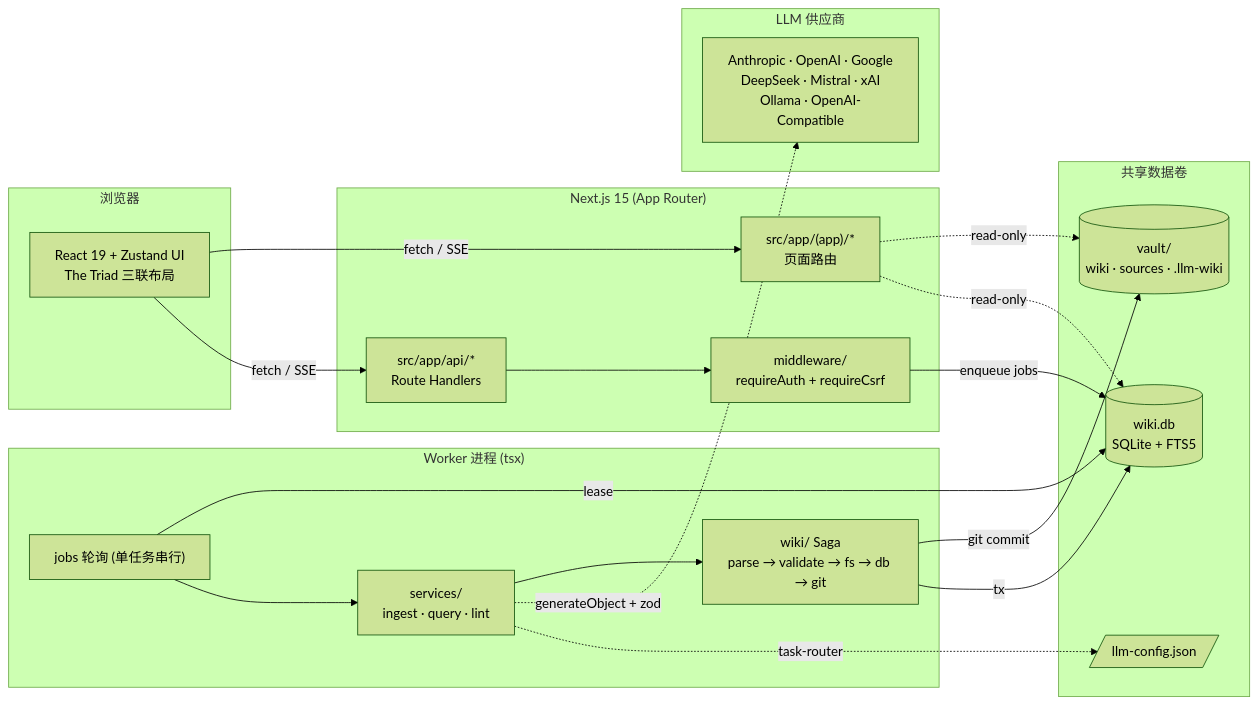
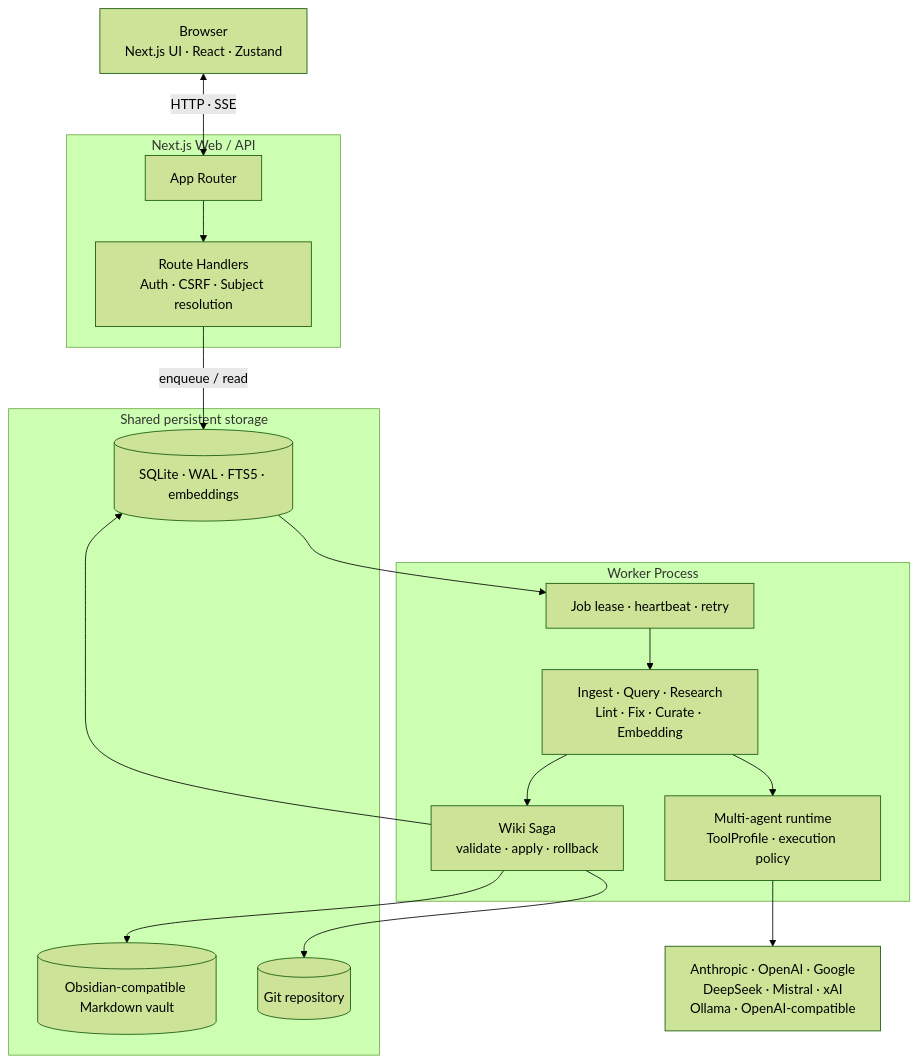
Before and after one commit to Nick-Hopps/weftwise: the second of 2 diagrams in README.md, drawn with Mermaid (forest theme). The commit also changed other lines of this file, not shown here.

````diff
--- a/README.md
+++ b/README.md
@@ -15,42 +64,36 @@
 ```mermaid
-flowchart LR
-    subgraph Client["浏览器"]
-        UI["React 19 + Zustand UI<br/>The Triad 三联布局"]
+flowchart TB
+    Browser["Browser<br/>Next.js UI · React · Zustand"]
+
+    subgraph Web["Next.js Web / API"]
+      Pages["App Router"]
+      Routes["Route Handlers<br/>Auth · CSRF · Subject resolution"]
     end
 
-    subgraph Web["Next.js 15 (App Router)"]
-        Pages["src/app/(app)/*<br/>页面路由"]
-        API["src/app/api/*<br/>Route Handlers"]
-        MW["middleware/<br/>requireAuth + requireCsrf"]
+    subgraph Worker["Worker Process"]
+      Queue["Job lease · heartbeat · retry"]
+      Services["Ingest · Query · Research<br/>Lint · Fix · Curate · Embedding"]
+      Agents["Multi-agent runtime<br/>ToolProfile · execution policy"]
+      Saga["Wiki Saga<br/>validate · apply · rollback"]
     end
 
-    subgraph Worker["Worker 进程 (tsx)"]
-        Poll["jobs 轮询 (单任务串行)"]
-        Services["services/<br/>ingest · query · lint"]
-        Saga["wiki/ Saga<br/>parse → validate → fs → db → git"]
+    subgraph Storage["Shared persistent storage"]
+      Vault[("Obsidian-compatible Markdown vault")]
+      DB[("SQLite · WAL · FTS5 · embeddings")]
+      Git[("Git repository")]
     end
 
-    subgraph Volume["共享数据卷"]
-        Vault[("vault/<br/>wiki · sources · .llm-wiki")]
-        DB[("wiki.db<br/>SQLite + FTS5")]
-        LLMCfg[/"llm-config.json"/]
-    end
+    Providers["Anthropic · OpenAI · Google<br/>DeepSeek · Mistral · xAI<br/>Ollama · OpenAI-compatible"]
 
-    subgraph LLM["LLM 供应商"]
-        Providers["Anthropic · OpenAI · Google<br/>DeepSeek · Mistral · xAI<br/>Ollama · OpenAI-Compatible"]
-    end
-
-    UI -->|"fetch / SSE"| Pages
-    UI -->|"fetch / SSE"| API
-    API --> MW
-    MW -->|"enqueue jobs"| DB
-    Poll -->|"lease"| DB
-    Poll --> Services
+    Browser <-->|"HTTP · SSE"| Pages
+    Pages --> Routes
+    Routes -->|"enqueue / read"| DB
+    DB --> Queue
+    Queue --> Services
+    Services --> Agents
+    Agents --> Providers
     Services --> Saga
-    Saga -->|"git commit"| Vault
-    Saga -->|"tx"| DB
-    Services -.->|"generateObject + zod"| Providers
-    Services -.->|"task-router"| LLMCfg
-    Pages -.->|"read-only"| Vault
-    Pages -.->|"read-only"| DB
+    Saga --> Vault
+    Saga --> DB
+    Saga --> Git
 ```
````
